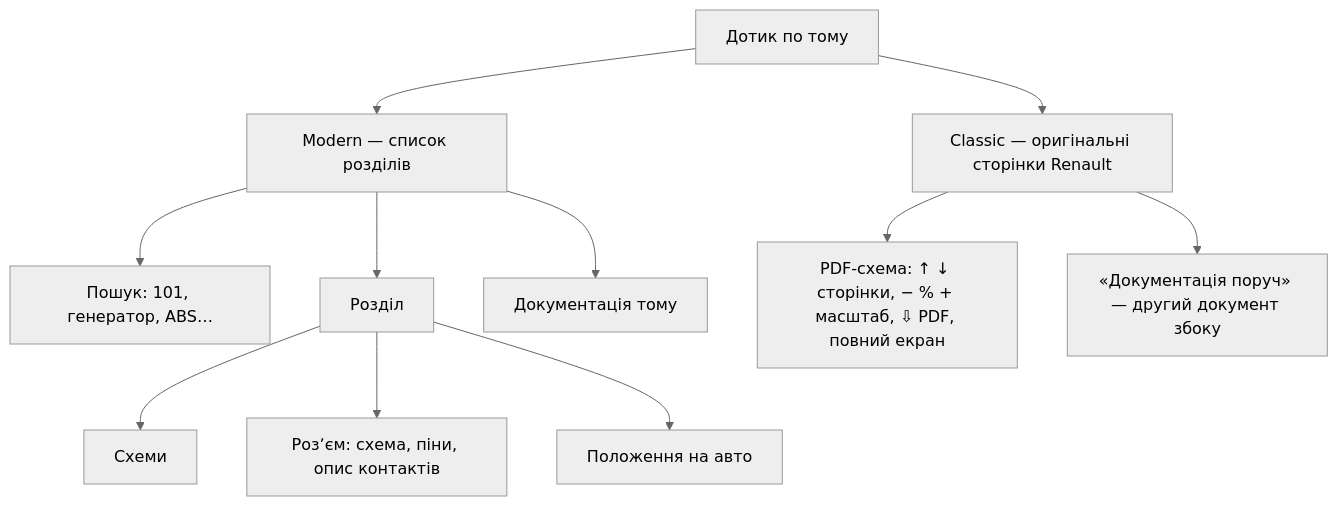
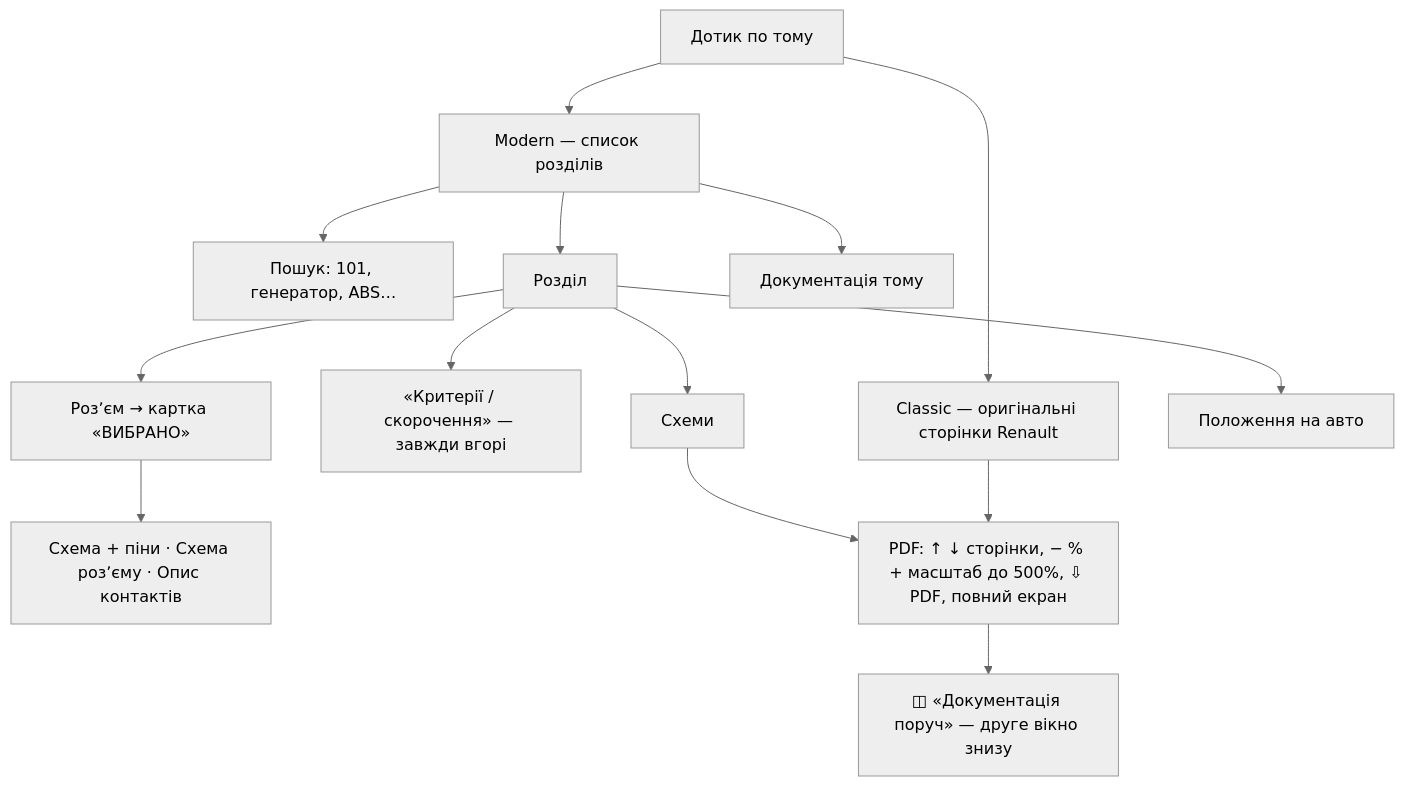
Before and after one commit to faric-ua/renault-docs-android: the fourth of 8 diagrams in docs/ua/USER_GUIDE.md, drawn with Mermaid (neutral theme). The commit also changed other lines of this file and 10 other files, not shown here.

````diff
--- a/docs/ua/USER_GUIDE.md
+++ b/docs/ua/USER_GUIDE.md
@@ -95,13 +97,16 @@
 ```mermaid
 flowchart TD
     T["Дотик по тому"] --> M["Modern — список розділів"]
     T --> C["Classic — оригінальні сторінки Renault"]
     M --> SR["Пошук: 101, генератор, ABS…"]
     M --> SEC["Розділ"]
     M --> DOC["Документація тому"]
+    SEC --> CR["«Критерії / скорочення» — завжди вгорі"]
     SEC --> SCH["Схеми"]
-    SEC --> CON["Розʼєм: схема, піни, опис контактів"]
+    SEC --> CON["Розʼєм → картка «ВИБРАНО»"]
     SEC --> POS["Положення на авто"]
-    C --> PDF["PDF-схема: ↑ ↓ сторінки, − % + масштаб, ⇩ PDF, повний екран"]
-    C --> SIDE["«Документація поруч» — другий документ збоку"]
+    CON --> CP["Схема + піни · Схема розʼєму · Опис контактів"]
+    SCH --> PDF["PDF: ↑ ↓ сторінки, − % + масштаб до 500%, ⇩ PDF, повний екран"]
+    C --> PDF
+    PDF --> SIDE["◫ «Документація поруч» — друге вікно знизу"]
 ```
````
